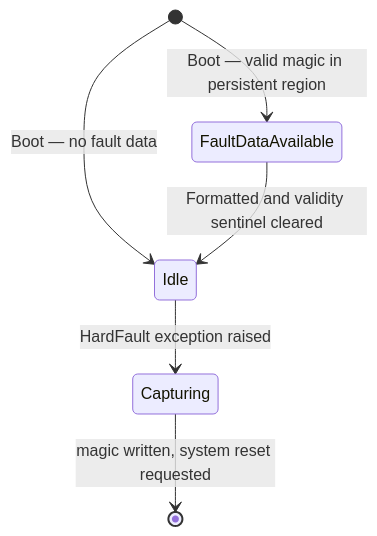
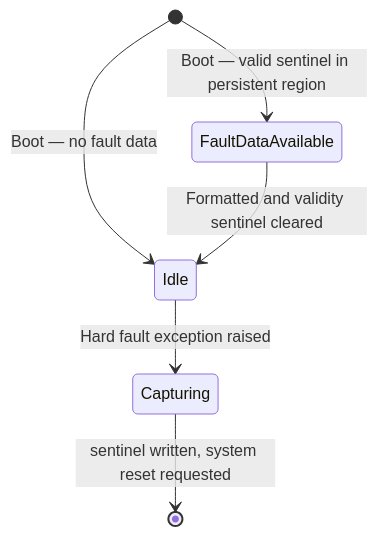
Before and after one commit to embedded-pro/e-foc: the first of 3 diagrams in documentation/design/error-handling.md, drawn with Mermaid. The commit also changed other lines of this file and 37 other files, not shown here.

````diff
--- a/documentation/design/error-handling.md
+++ b/documentation/design/error-handling.md
@@ -275,8 +276,8 @@
 ```mermaid
 stateDiagram-v2
     [*] --> Idle : Boot — no fault data
-    [*] --> FaultDataAvailable : Boot — valid magic in persistent region
+    [*] --> FaultDataAvailable : Boot — valid sentinel in persistent region
     FaultDataAvailable --> Idle : Formatted and validity sentinel cleared
-    Idle --> Capturing : HardFault exception raised
-    Capturing --> [*] : magic written, system reset requested
+    Idle --> Capturing : Hard fault exception raised
+    Capturing --> [*] : sentinel written, system reset requested
 ```
````
